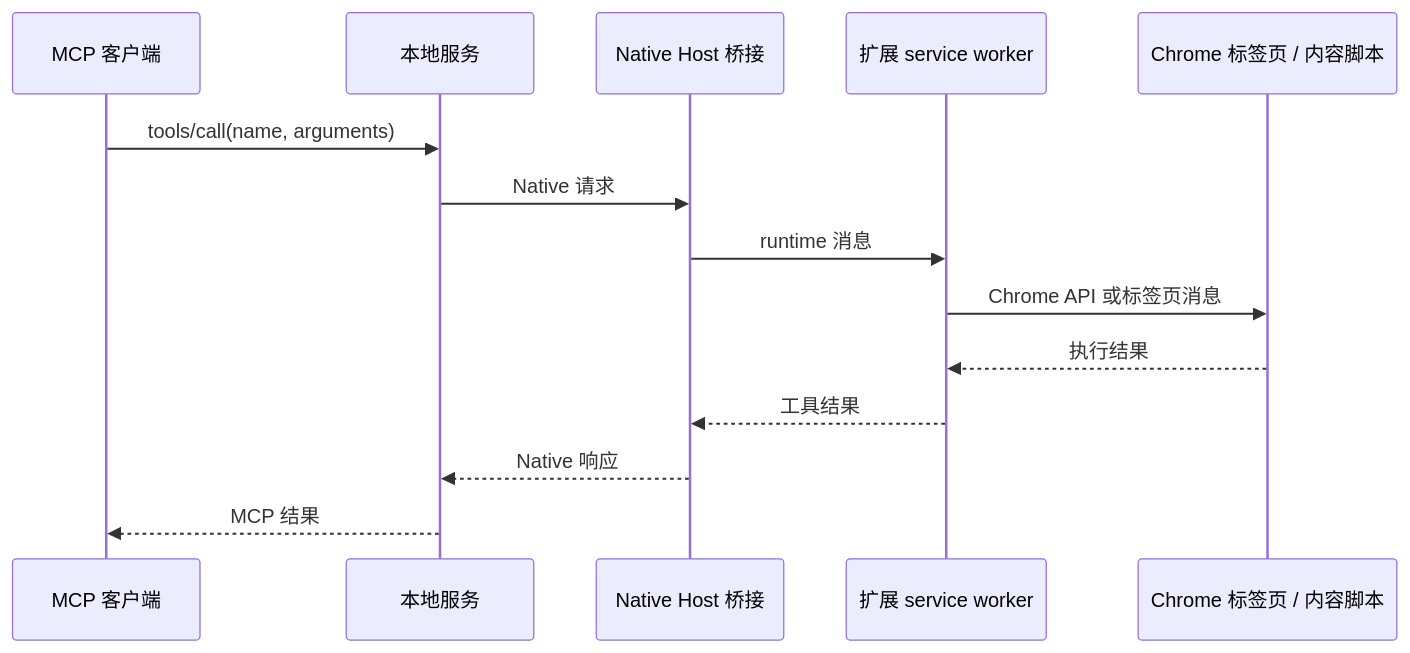
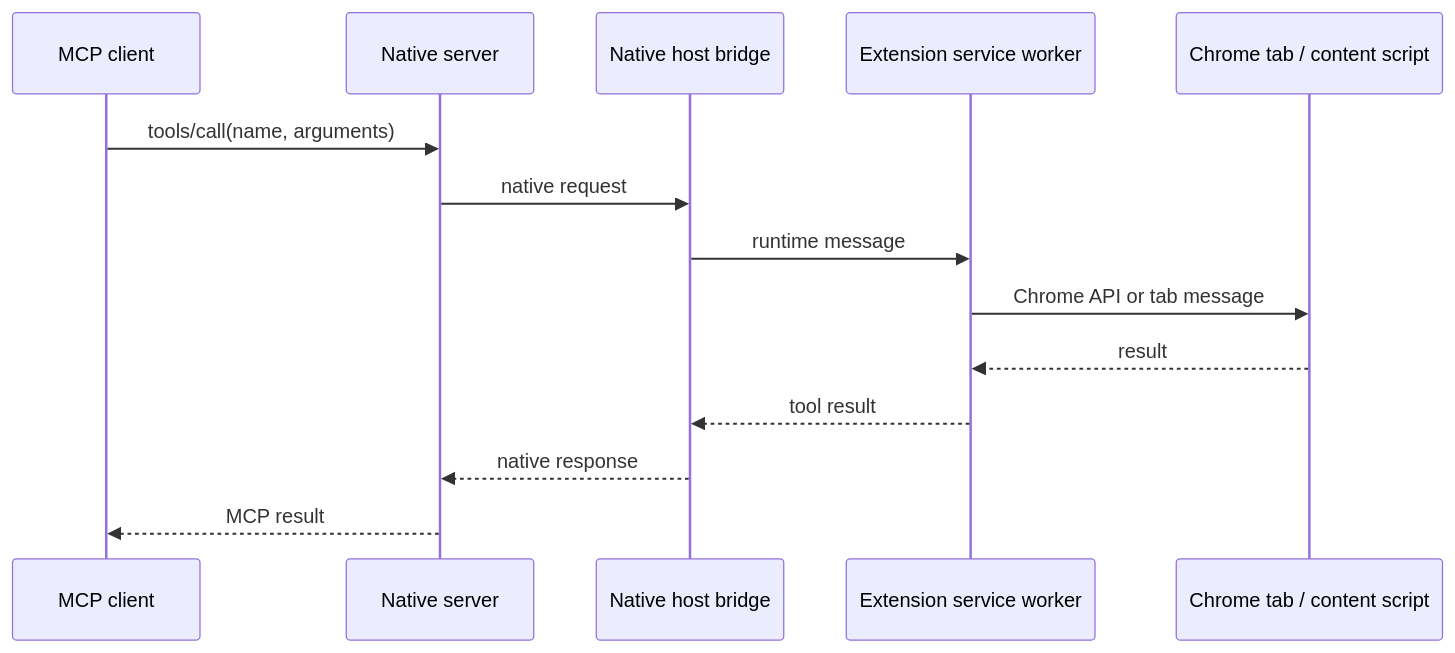
Before and after one commit to phoenixlucky/mcp-chrome-2026: the second of 2 diagrams in docs/ARCHITECTURE_zh.md, drawn with Mermaid. The commit also changed other lines of this file and 264 other files, not shown here.

````diff
--- a/docs/ARCHITECTURE_zh.md
+++ b/docs/ARCHITECTURE_zh.md
@@ -42,16 +42,16 @@
 ```mermaid
 sequenceDiagram
-  participant AI as MCP 客户端
-  participant NS as 本地服务
-  participant NH as Native Host 桥接
-  participant SW as 扩展 service worker
-  participant Tab as Chrome 标签页 / 内容脚本
+  participant AI as MCP client
+  participant NS as Native server
+  participant NH as Native host bridge
+  participant SW as Extension service worker
+  participant Tab as Chrome tab / content script
   AI->>NS: tools/call(name, arguments)
-  NS->>NH: Native 请求
-  NH->>SW: runtime 消息
-  SW->>Tab: Chrome API 或标签页消息
-  Tab-->>SW: 执行结果
-  SW-->>NH: 工具结果
-  NH-->>NS: Native 响应
-  NS-->>AI: MCP 结果
+  NS->>NH: native request
+  NH->>SW: runtime message
+  SW->>Tab: Chrome API or tab message
+  Tab-->>SW: result
+  SW-->>NH: tool result
+  NH-->>NS: native response
+  NS-->>AI: MCP result
 ```
````
